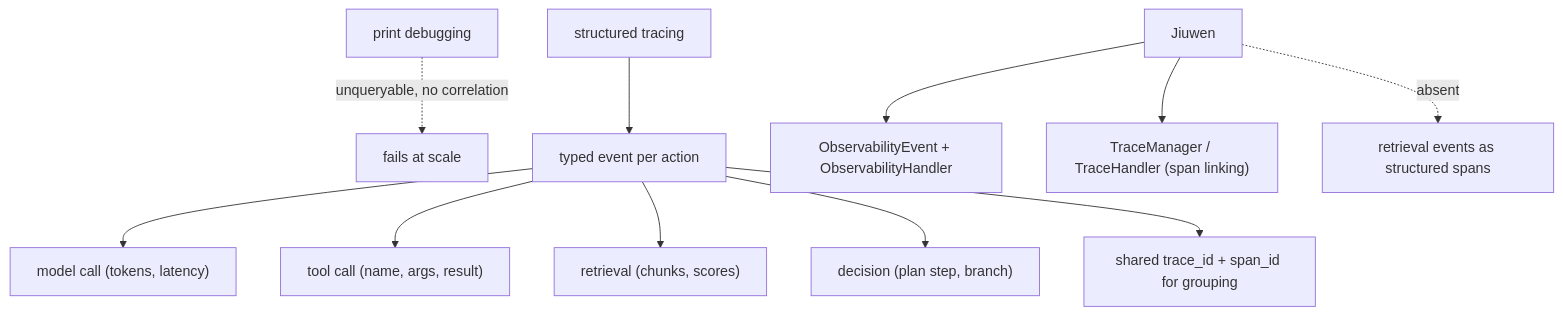
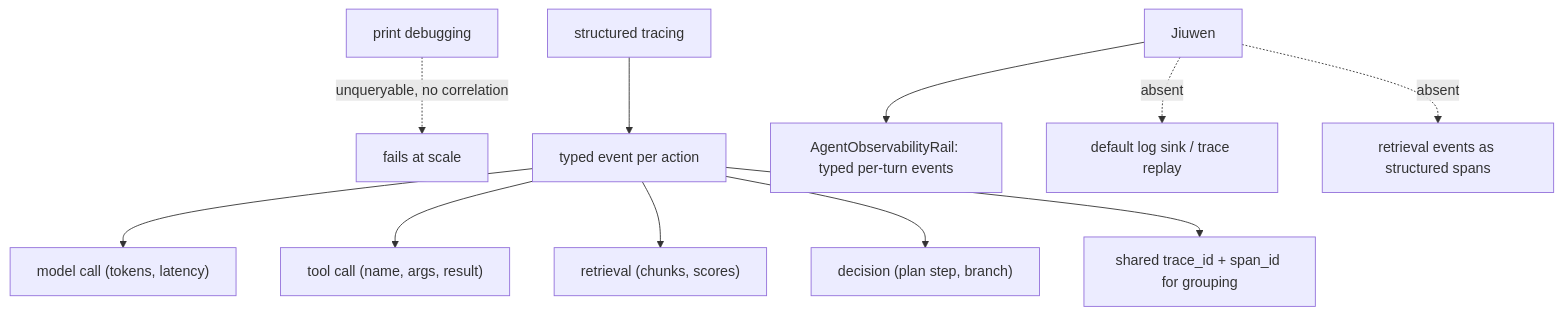
Before and after one commit to michaelatamuk/openjiuwen-knowledge: diagram 14 of 16 in content/topics/16-production-cost-and-scale.md, drawn with Mermaid. The commit also changed other lines of this file and 47 other files, not shown here.

````diff
--- a/content/topics/16-production-cost-and-scale.md
+++ b/content/topics/16-production-cost-and-scale.md
@@ -381,13 +381,13 @@
 ```mermaid
 flowchart TD
     PRINT["print debugging"] -.->|"unqueryable, no correlation"| BAD["fails at scale"]
     STRUCT["structured tracing"] --> EV["typed event per action"]
     EV --> MC["model call (tokens, latency)"]
     EV --> TC["tool call (name, args, result)"]
     EV --> RET["retrieval (chunks, scores)"]
     EV --> DEC["decision (plan step, branch)"]
     EV --> TID["shared trace_id + span_id for grouping"]
-    JIW["Jiuwen"] --> OBS["ObservabilityEvent + ObservabilityHandler"]
-    JIW --> TM["TraceManager / TraceHandler (span linking)"]
+    JIW["Jiuwen"] --> OBS["AgentObservabilityRail: typed per-turn events"]
+    JIW -.->|"absent"| SINK["default log sink / trace replay"]
     JIW -.->|"absent"| RETEV["retrieval events as structured spans"]
 ```
````
